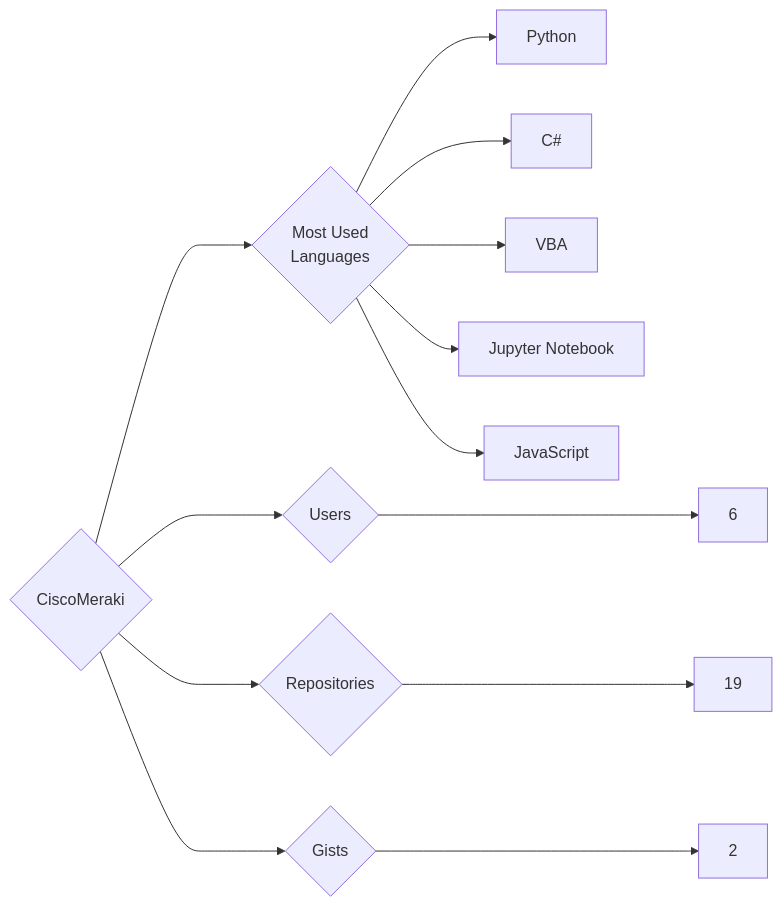
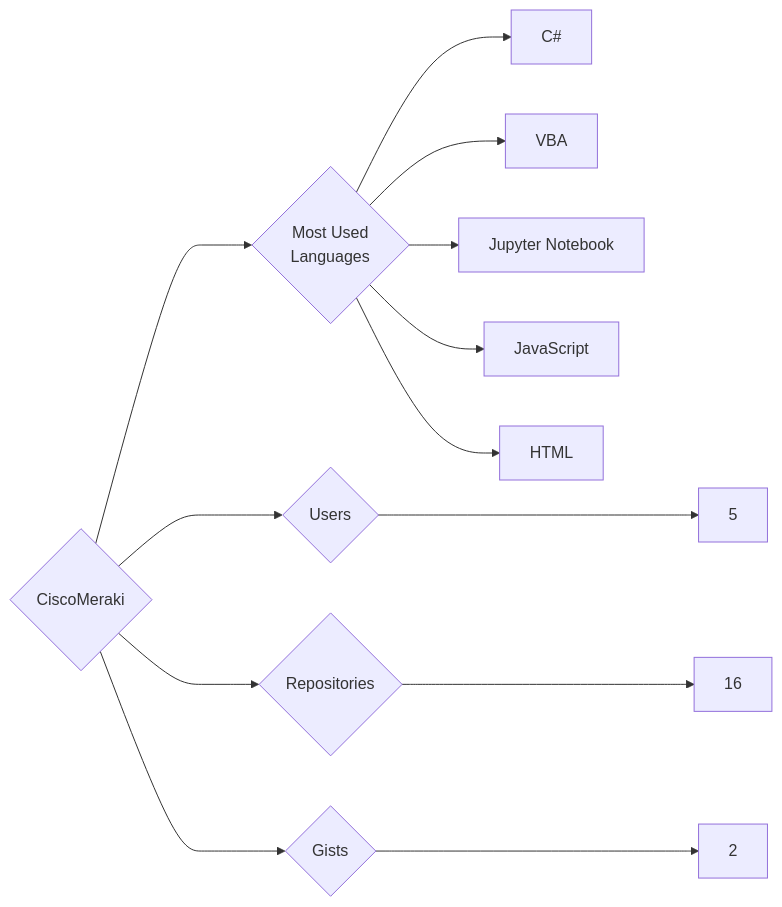
Before and after one commit to trickest/insiders: the diagram in targets/CiscoMeraki/README.md, drawn with Mermaid. The commit also changed 1084 other files, not shown here.

````diff
--- a/targets/CiscoMeraki/README.md
+++ b/targets/CiscoMeraki/README.md
@@ -3,13 +3,13 @@
 ```mermaid
 graph LR
 COMPANY_NAME{CiscoMeraki}
-COMPANY_NAME ---> U{Users} ---> UN[6]
-COMPANY_NAME ---> R{Repositories} ---> RN[19]
+COMPANY_NAME ---> U{Users} ---> UN[5]
+COMPANY_NAME ---> R{Repositories} ---> RN[16]
 COMPANY_NAME ---> G{Gists} ---> GN[2]
 COMPANY_NAME ---> ML{Most Used<br>Languages}
-ML --> Python[Python]
 ML --> C#[C#]
 ML --> VBA[VBA]
 ML --> Jupyter_Notebook[Jupyter Notebook]
 ML --> JavaScript[JavaScript]
+ML --> HTML[HTML]
 ```
````
